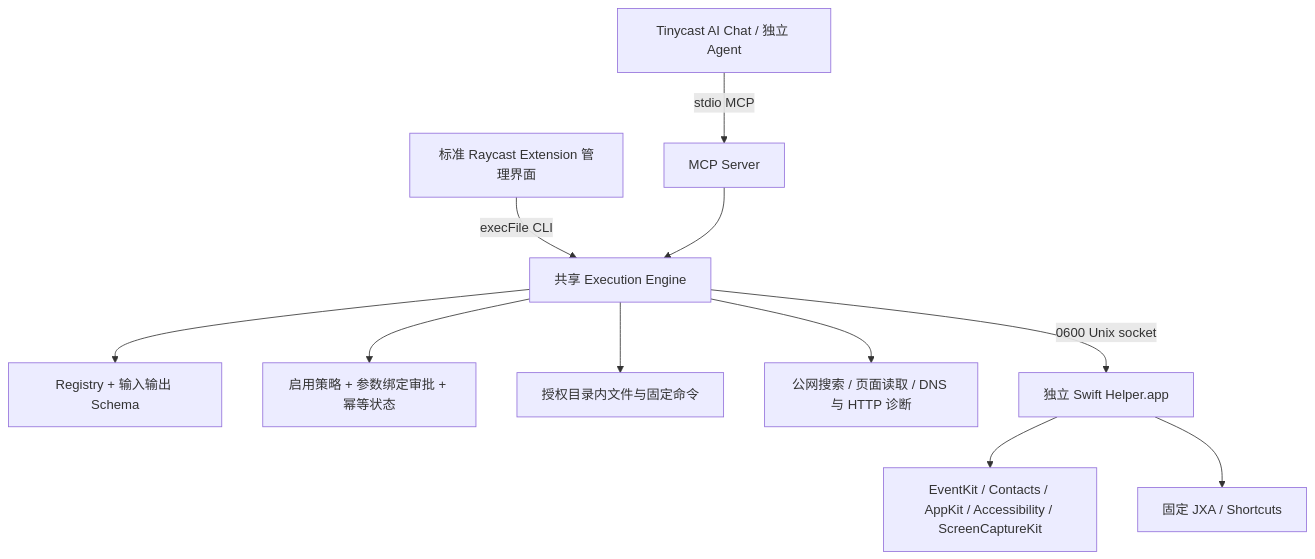
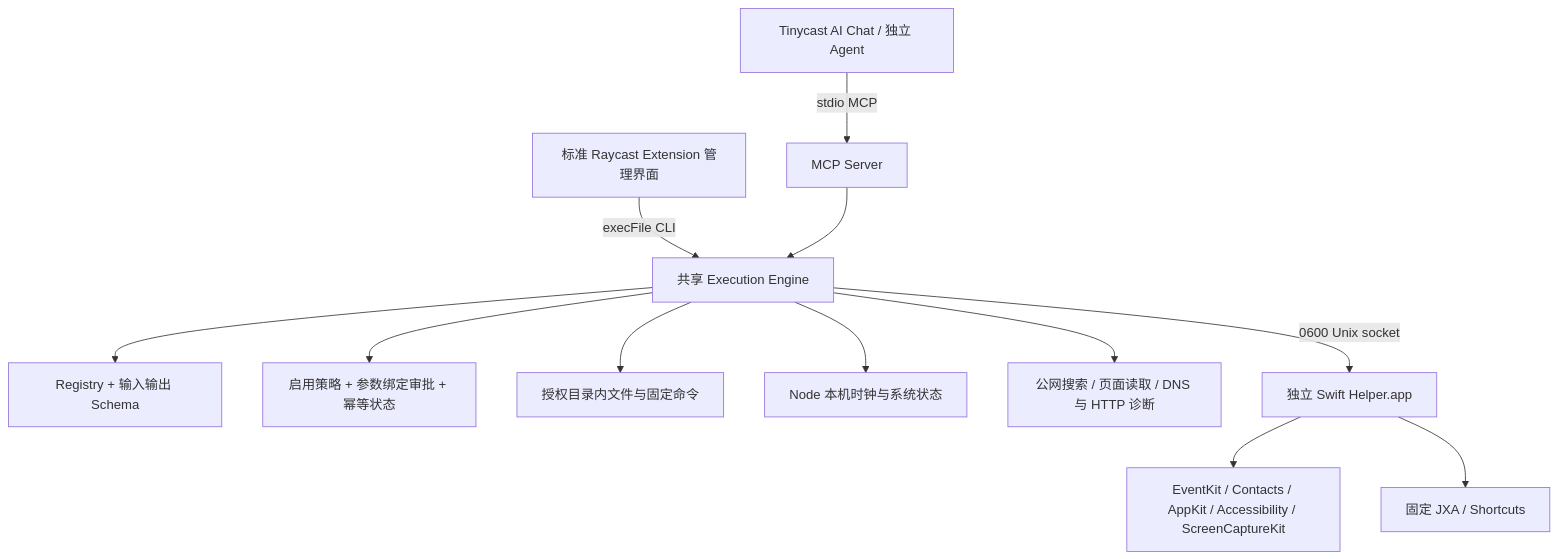
Before and after one commit to juliusloon/macos-agent-bridge: the diagram in docs/ARCHITECTURE.md, drawn with Mermaid. The commit also changed other lines of this file and 22 other files, not shown here.

````diff
--- a/docs/ARCHITECTURE.md
+++ b/docs/ARCHITECTURE.md
@@ -3,13 +3,14 @@
 ```mermaid
 flowchart TD
   T[Tinycast AI Chat / 独立 Agent] -->|stdio MCP| M[MCP Server]
   R[标准 Raycast Extension 管理界面] -->|execFile CLI| E[共享 Execution Engine]
   M --> E
   E --> V[Registry + 输入输出 Schema]
   E --> P[启用策略 + 参数绑定审批 + 幂等状态]
   E --> F[授权目录内文件与固定命令]
+  E --> C[Node 本机时钟与系统状态]
   E --> W[公网搜索 / 页面读取 / DNS 与 HTTP 诊断]
   E -->|0600 Unix socket| H[独立 Swift Helper.app]
   H --> N[EventKit / Contacts / AppKit / Accessibility / ScreenCaptureKit]
   H --> A[固定 JXA / Shortcuts]
 ```
````
